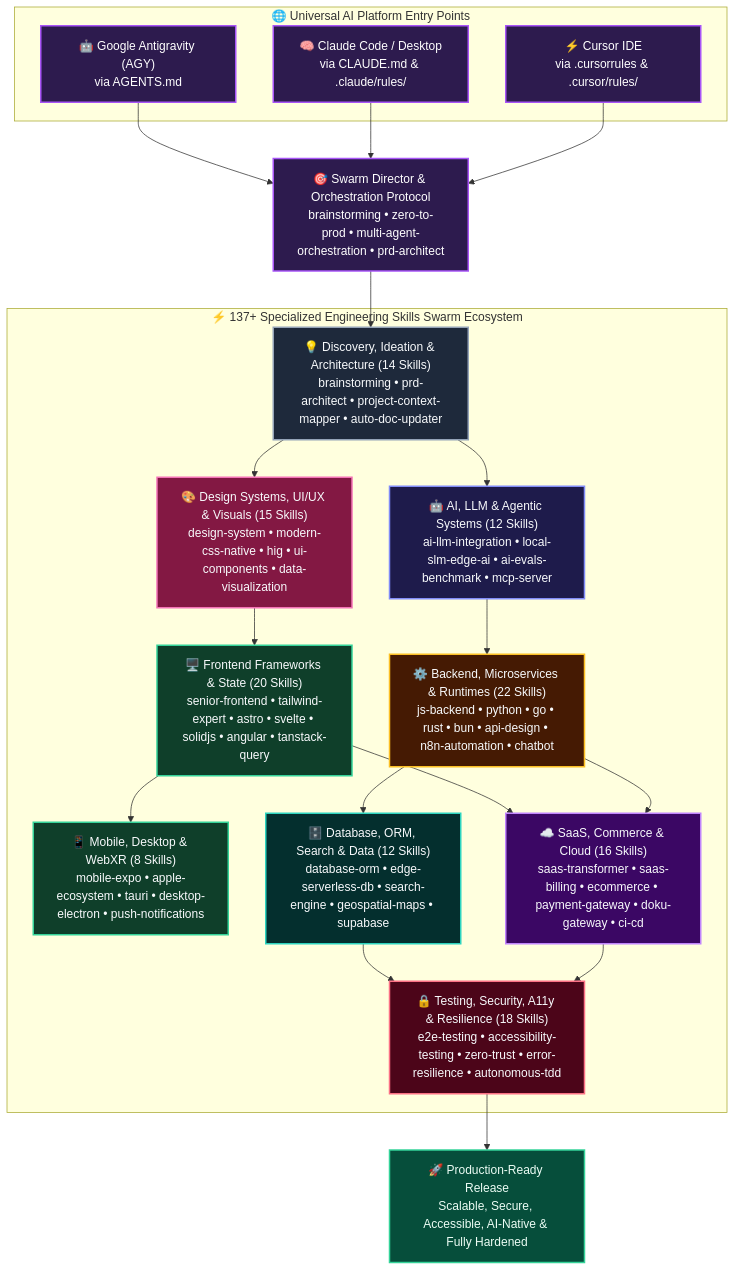
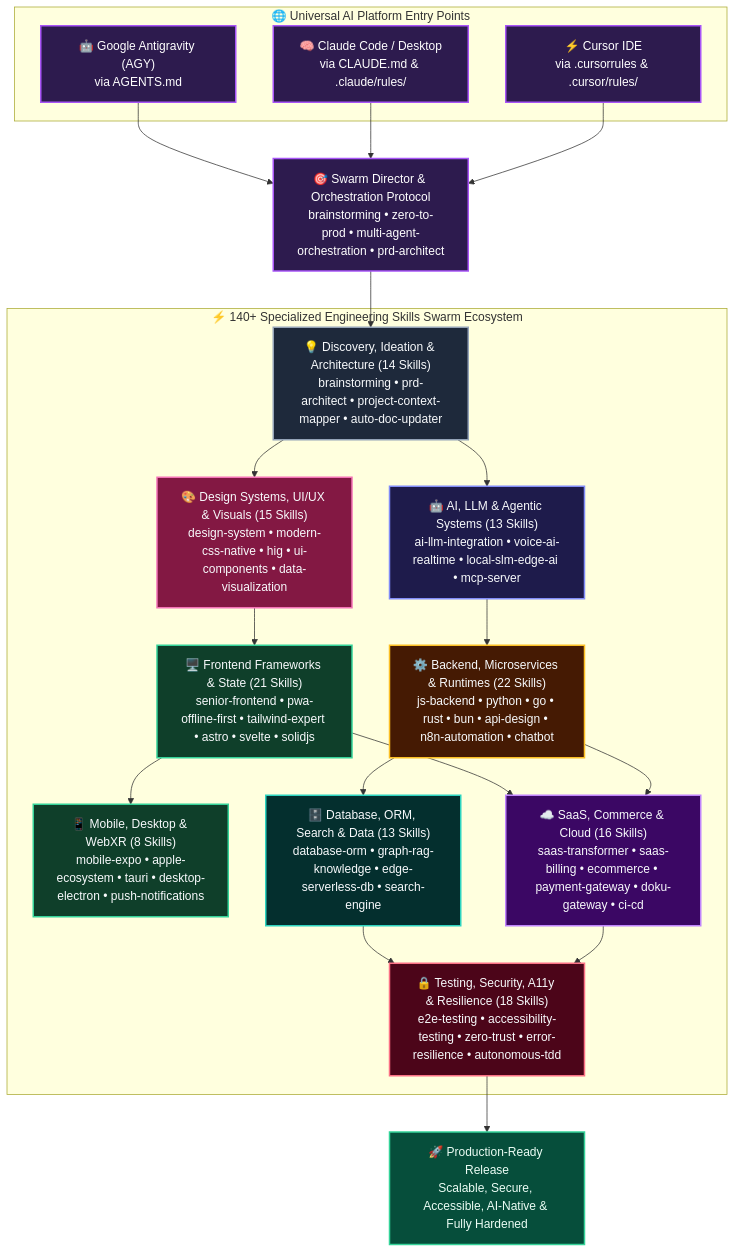
One commit to roedyrustam/vibes-plug changed the diagram in README.md. Above: the diagram before and after it, drawn with Mermaid. The commit also changed other lines of this file and 9 other files, not shown here.

Commit message:
feat: add four new specialized skills and update plugin version to 2.11.0

````diff
--- a/README.md
+++ b/README.md
@@ -16,64 +16,64 @@
 ```mermaid
 graph TD
     subgraph PLATFORMS["🌐 Universal AI Platform Entry Points"]
         AGY["🤖 Google Antigravity (AGY)<br/>via AGENTS.md"]
         CLAUDE["🧠 Claude Code / Desktop<br/>via CLAUDE.md & .claude/rules/"]
         CURSOR["⚡ Cursor IDE<br/>via .cursorrules & .cursor/rules/"]
     end
 
     DIRECTOR["🎯 Swarm Director & Orchestration Protocol<br/>brainstorming • zero-to-prod • multi-agent-orchestration • prd-architect"]
 
-    subgraph SWARM["⚡ 137+ Specialized Engineering Skills Swarm Ecosystem"]
+    subgraph SWARM["⚡ 140+ Specialized Engineering Skills Swarm Ecosystem"]
         D1["💡 Discovery, Ideation & Architecture (14 Skills)<br/>brainstorming • prd-architect • project-context-mapper • auto-doc-updater"]
-        D2["🤖 AI, LLM & Agentic Systems (12 Skills)<br/>ai-llm-integration • local-slm-edge-ai • ai-evals-benchmark • mcp-server"]
+        D2["🤖 AI, LLM & Agentic Systems (13 Skills)<br/>ai-llm-integration • voice-ai-realtime • local-slm-edge-ai • mcp-server"]
         D3["🎨 Design Systems, UI/UX & Visuals (15 Skills)<br/>design-system • modern-css-native • hig • ui-components • data-visualization"]
-        D4["🖥️ Frontend Frameworks & State (20 Skills)<br/>senior-frontend • tailwind-expert • astro • svelte • solidjs • angular • tanstack-query"]
+        D4["🖥️ Frontend Frameworks & State (21 Skills)<br/>senior-frontend • pwa-offline-first • tailwind-expert • astro • svelte • solidjs"]
         D5["📱 Mobile, Desktop & WebXR (8 Skills)<br/>mobile-expo • apple-ecosystem • tauri • desktop-electron • push-notifications"]
         D6["⚙️ Backend, Microservices & Runtimes (22 Skills)<br/>js-backend • python • go • rust • bun • api-design • n8n-automation • chatbot"]
-        D7["🗄️ Database, ORM, Search & Data (12 Skills)<br/>database-orm • edge-serverless-db • search-engine • geospatial-maps • supabase"]
+        D7["🗄️ Database, ORM, Search & Data (13 Skills)<br/>database-orm • graph-rag-knowledge • edge-serverless-db • search-engine"]
         D8["☁️ SaaS, Commerce & Cloud (16 Skills)<br/>saas-transformer • saas-billing • ecommerce • payment-gateway • doku-gateway • ci-cd"]
         D9["🔒 Testing, Security, A11y & Resilience (18 Skills)<br/>e2e-testing • accessibility-testing • zero-trust • error-resilience • autonomous-tdd"]
     end
 
     PROD["🚀 Production-Ready Release<br/>Scalable, Secure, Accessible, AI-Native & Fully Hardened"]
 
     AGY --> DIRECTOR
     CLAUDE --> DIRECTOR
     CURSOR --> DIRECTOR
 
     DIRECTOR --> D1
     D1 --> D2
     D1 --> D3
     D2 --> D6
     D3 --> D4
     D4 --> D5
     D4 --> D8
     D6 --> D7
     D6 --> D8
     D7 --> D9
     D8 --> D9
     D9 --> PROD
 
     classDef hero fill:#2d1b4e,stroke:#a855f7,stroke-width:2px,color:#fff;
     classDef ai fill:#1e1b4b,stroke:#818cf8,stroke-width:2px,color:#f8fafc;
     classDef ui fill:#831843,stroke:#f472b6,stroke-width:2px,color:#f8fafc;
     classDef front fill:#0f3f2a,stroke:#34d399,stroke-width:2px,color:#f8fafc;
     classDef back fill:#451a03,stroke:#fbbf24,stroke-width:2px,color:#f8fafc;
     classDef saas fill:#3b0764,stroke:#c084fc,stroke-width:2px,color:#f8fafc;
     classDef db fill:#042f2e,stroke:#2dd4bf,stroke-width:2px,color:#f8fafc;
     classDef sec fill:#4c0519,stroke:#fb7185,stroke-width:2px,color:#f8fafc;
     classDef util fill:#1e293b,stroke:#94a3b8,stroke-width:2px,color:#f8fafc;
     classDef target fill:#064e3b,stroke:#34d399,stroke-width:2px,color:#ecfdf5;
 
     class AGY,CLAUDE,CURSOR,DIRECTOR hero;
     class D1 util;
     class D2 ai;
     class D3 ui;
     class D4 front;
     class D5 front;
     class D6 back;
     class D7 db;
     class D8 saas;
     class D9 sec;
     class PROD target;
 ```
````
